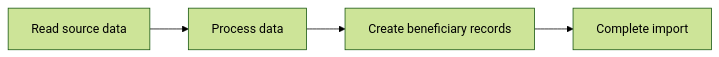
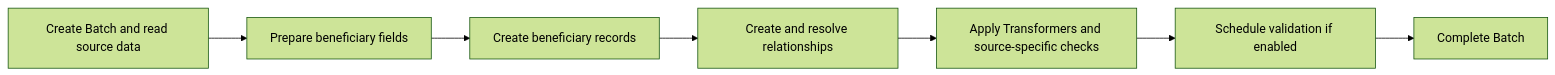
One commit to unicef/hope-country-workspace changed the second of 2 diagrams in docs/src/data_import/index.md. Above: the diagram before and after it, drawn with Mermaid (forest theme). The commit also changed other lines of this file and 9 other files, not shown here.

````diff
--- a/docs/src/data_import/index.md
+++ b/docs/src/data_import/index.md
@@ -30,7 +30,10 @@
 ```mermaid
 flowchart LR
-    A[Read source data]
-        --> B[Process data]
+    A[Create Batch and read source data]
+        --> B[Prepare beneficiary fields]
         --> C[Create beneficiary records]
-        --> D[Complete import]
+        --> D[Create and resolve relationships]
+        --> E[Apply Transformers and source-specific checks]
+        --> F[Schedule validation if enabled]
+        --> G[Complete Batch]
 ```
````
